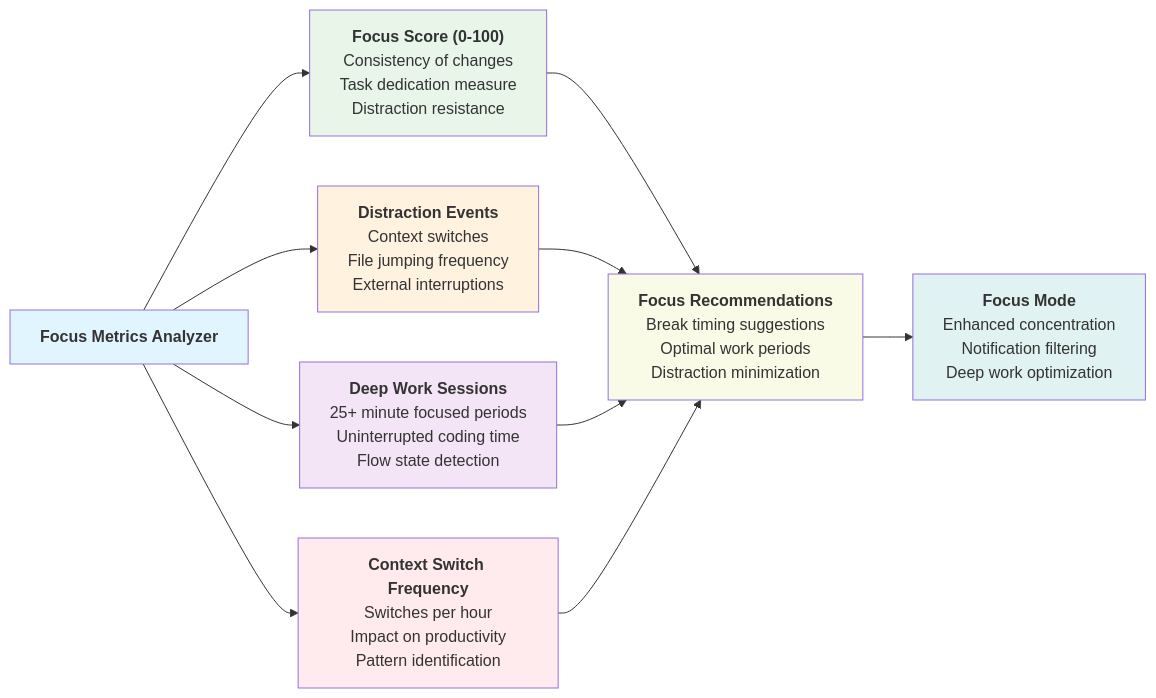
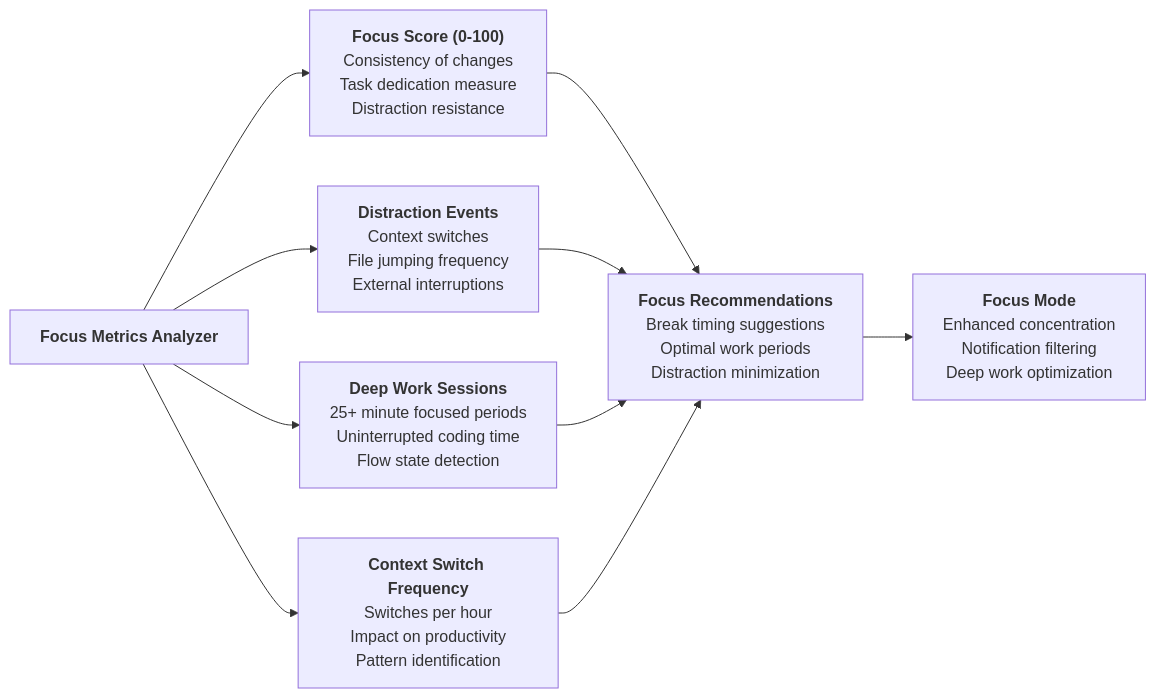
Before and after one commit to geogoesbeepboop/mastro: the fourth of 9 diagrams in docs/diagrams/mastro-analytics-flow.md, drawn with Mermaid. The commit also changed other lines of this file and 5 other files, not shown here.

First line of the commit message:
docs: update analytics and flow diagrams for clarity

````diff
--- a/docs/diagrams/mastro-analytics-flow.md
+++ b/docs/diagrams/mastro-analytics-flow.md
@@ -204,44 +210,46 @@
 ```mermaid
+
 graph LR
     FMA["`**Focus Metrics Analyzer**`"] --> FS["`**Focus Score (0-100)**
     Consistency of changes
     Task dedication measure
     Distraction resistance`"]
     
     FMA --> DE["`**Distraction Events**
     Context switches
     File jumping frequency
     External interruptions`"]
     
     FMA --> DWS["`**Deep Work Sessions**
     25+ minute focused periods
     Uninterrupted coding time
     Flow state detection`"]
     
     FMA --> CSF["`**Context Switch Frequency**
     Switches per hour
     Impact on productivity
     Pattern identification`"]
     
     FS --> FR["`**Focus Recommendations**
     Break timing suggestions
     Optimal work periods
     Distraction minimization`"]
     
     DE --> FR
     DWS --> FR
     CSF --> FR
     
     FR --> FM["`**Focus Mode**
     Enhanced concentration
     Notification filtering
     Deep work optimization`"]
 
-    style FMA fill:#e1f5fe
-    style FS fill:#e8f5e8
-    style DE fill:#fff3e0
-    style DWS fill:#f3e5f5
-    style CSF fill:#ffebee
-    style FR fill:#f9fbe7
-    style FM fill:#e0f2f1
+    style FMA fill:#e1f5fe color:#000000
+    style FS fill:#e8f5e8 color:#000000
+    style DE fill:#fff3e0 color:#000000
+    style DWS fill:#f3e5f5 color:#000000
+    style CSF fill:#ffebee color:#000000
+    style FR fill:#f9fbe7 color:#000000
+    style FM fill:#e0f2f1 color:#000000
+
 ```
````
